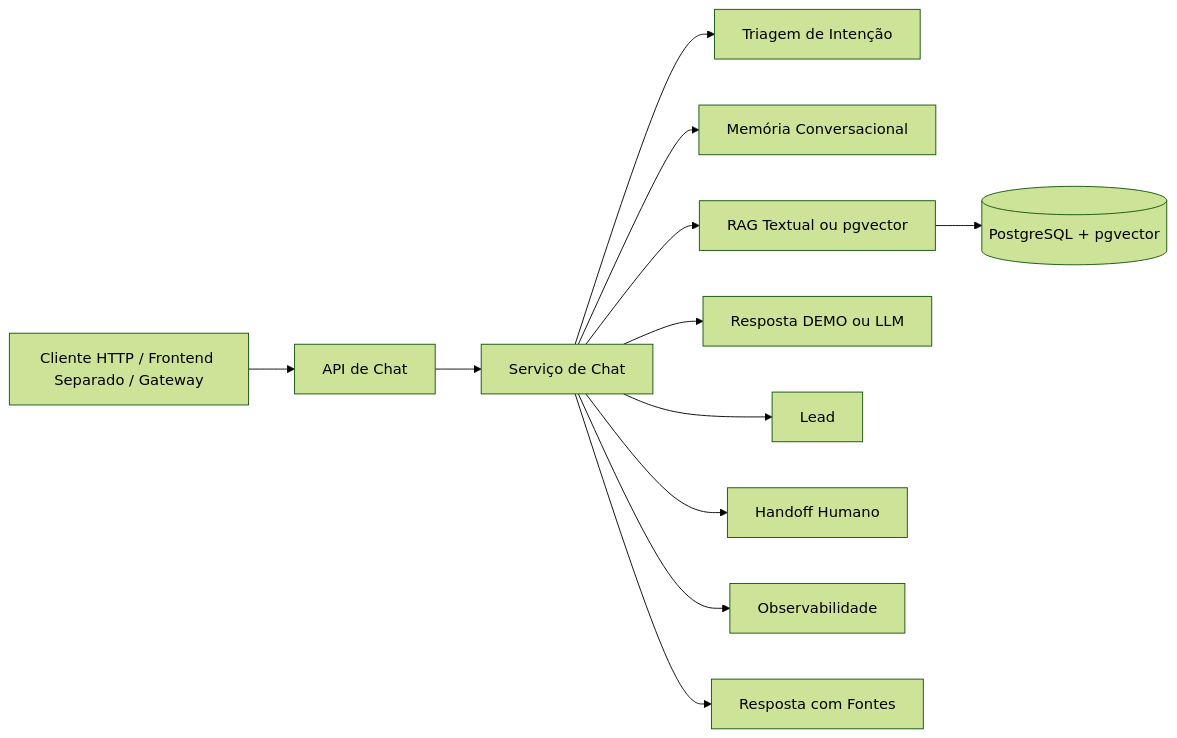
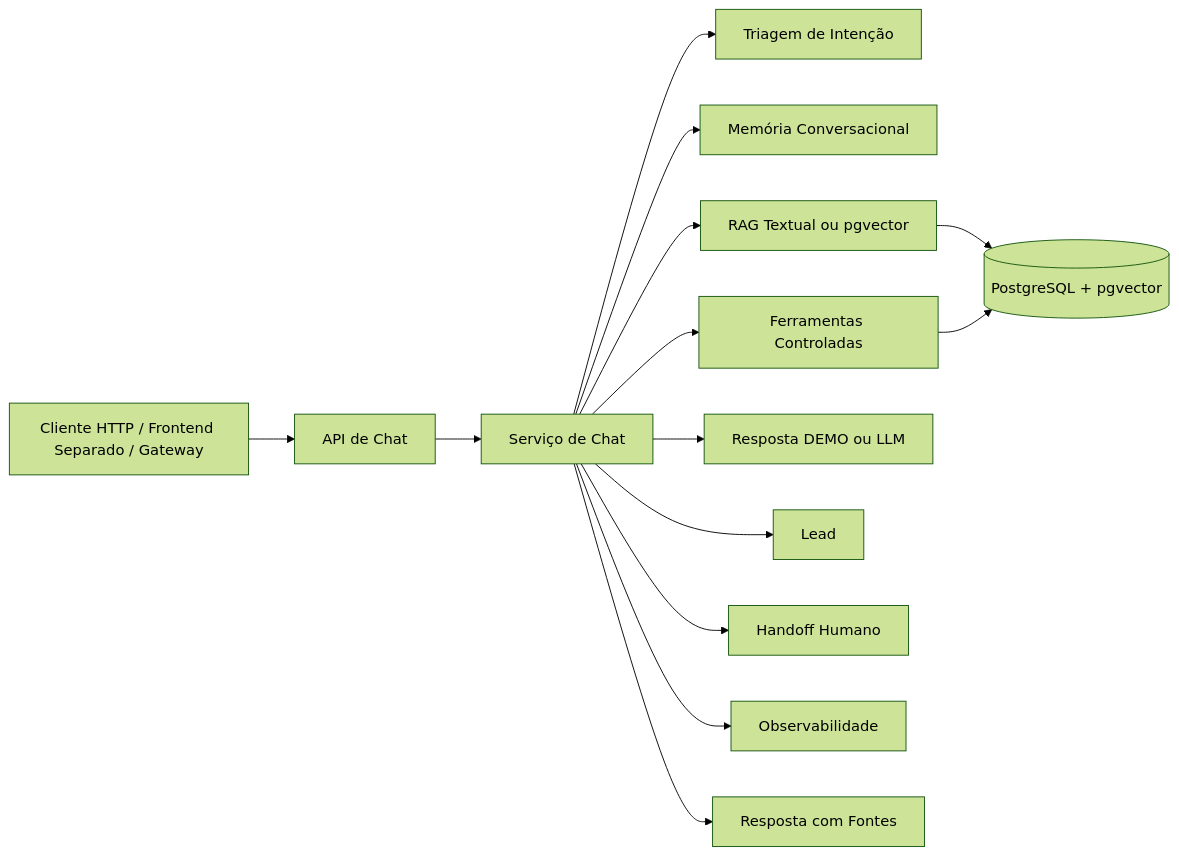
Before and after one commit to opiagile/opiagile-ai-rag-core-public: the diagram in ARCHITECTURE.md, drawn with Mermaid (forest theme). The commit also changed other lines of this file and 190 other files, not shown here.

````diff
--- a/ARCHITECTURE.md
+++ b/ARCHITECTURE.md
@@ -27,14 +27,16 @@
 ```mermaid
 flowchart LR
     Usuario[Cliente HTTP / Frontend Separado / Gateway] --> Entrada[API de Chat]
     Entrada --> Chat[Serviço de Chat]
     Chat --> Intencao[Triagem de Intenção]
     Chat --> Memoria[Memória Conversacional]
     Chat --> Recuperacao[RAG Textual ou pgvector]
     Recuperacao --> Banco[(PostgreSQL + pgvector)]
+    Chat --> Tools[Ferramentas Controladas]
+    Tools --> Banco
     Chat --> Modelo[Resposta DEMO ou LLM]
     Chat --> Lead[Lead]
     Chat --> Handoff[Handoff Humano]
     Chat --> Logs[Observabilidade]
     Chat --> Resposta[Resposta com Fontes]
 ```
````
